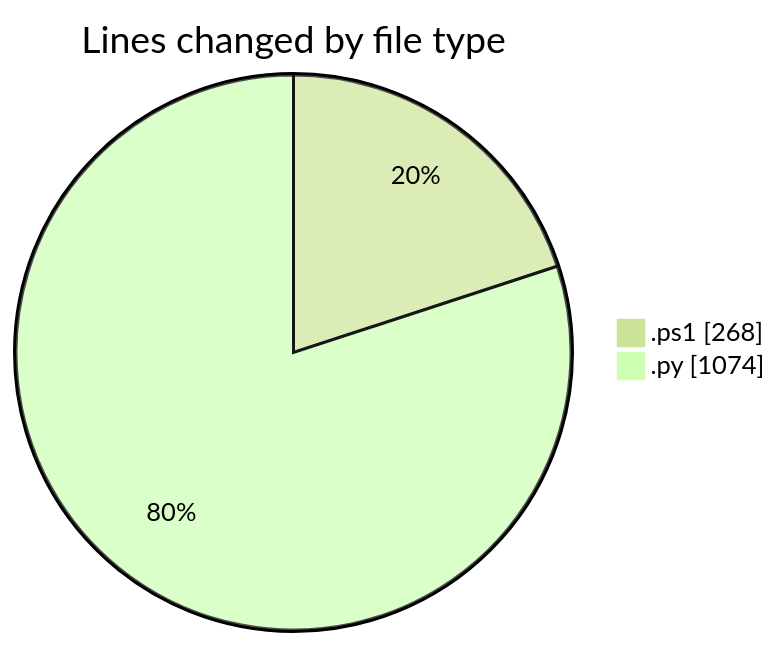
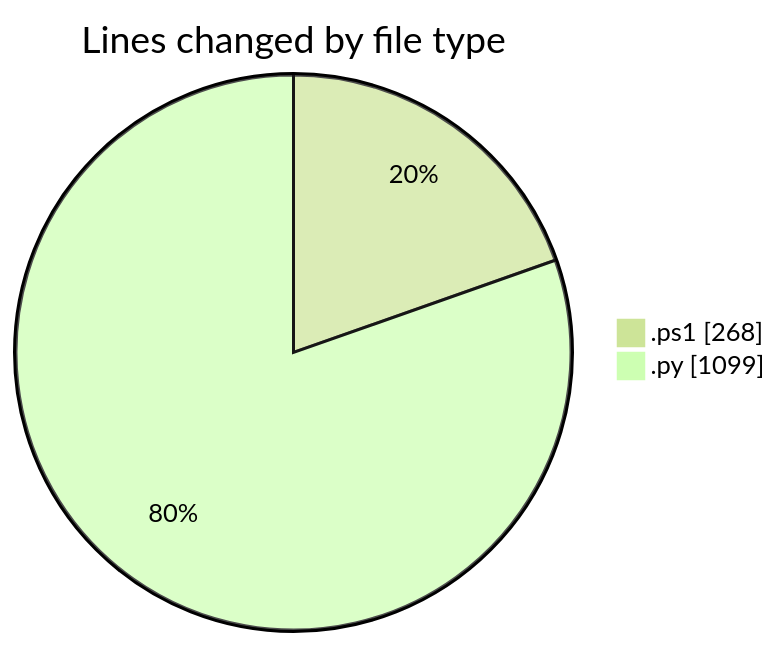
One commit to shibass792/code-tracking changed the first of 2 diagrams in 2026-07-14/shibass-ai/README.md. Above: the diagram before and after it, drawn with Mermaid (forest theme). The commit also changed other lines of this file and 1 other file, not shown here.

````diff
--- a/2026-07-14/shibass-ai/README.md
+++ b/2026-07-14/shibass-ai/README.md
@@ -22,6 +22,6 @@
 ```mermaid
 pie showData
 title Lines changed by file type
 ".ps1" : 268
-".py" : 1074
+".py" : 1099
 ```
````
